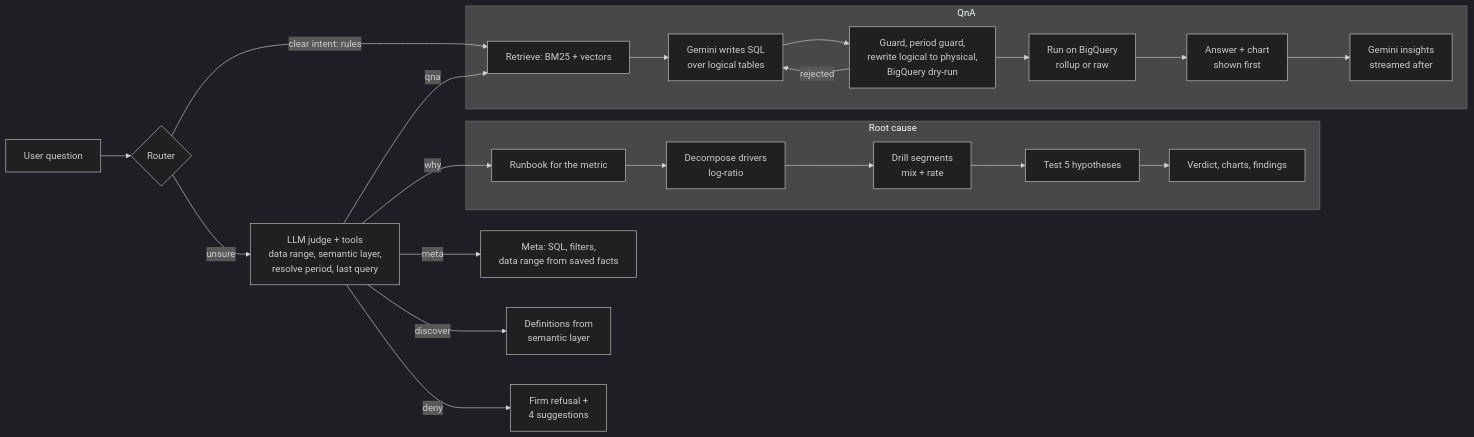
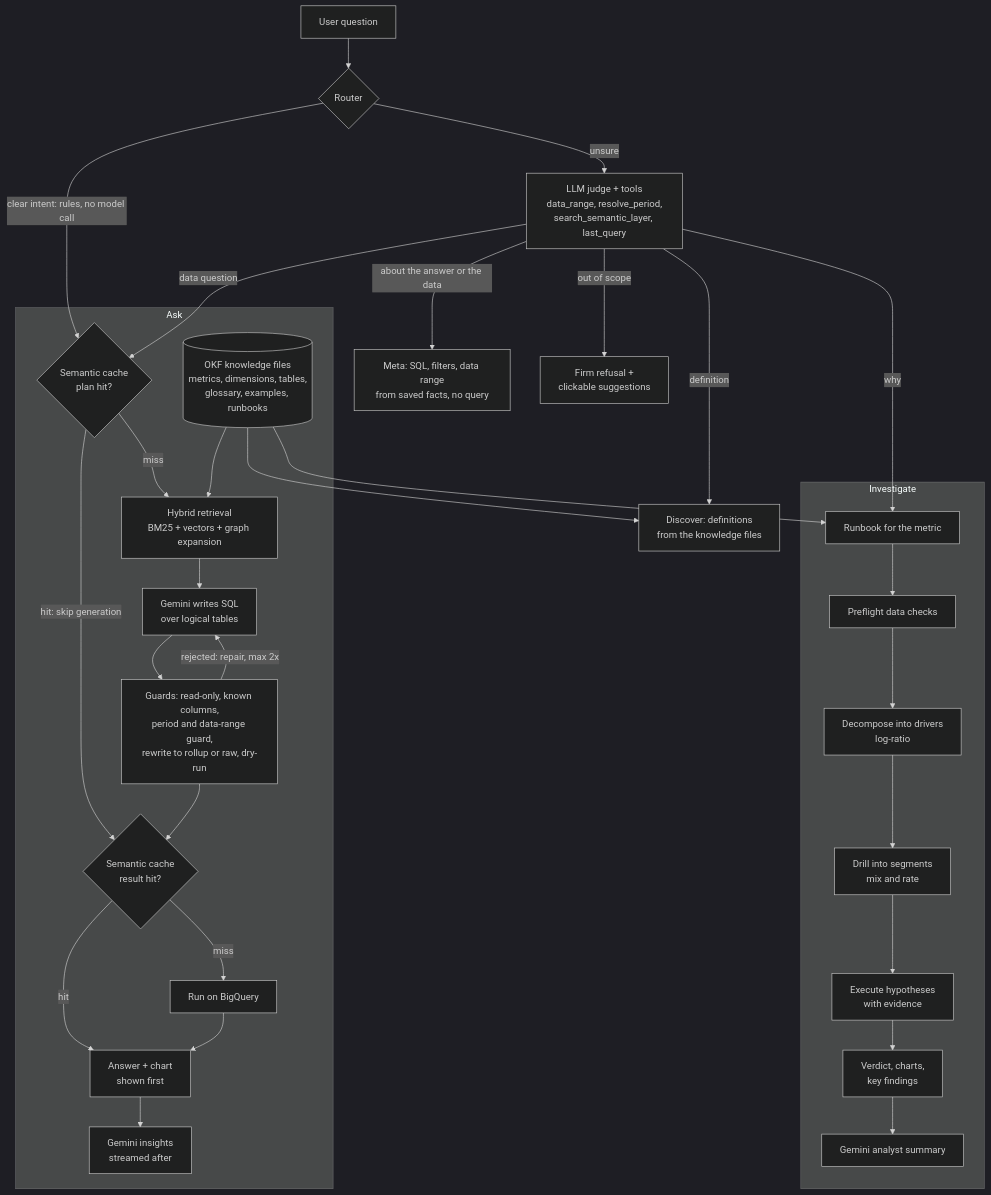
Before and after one commit to Misto1997/panda-ai: the diagram in README.md, drawn with Mermaid (dark theme). The commit also changed other lines of this file and 28 other files, not shown here.

````diff
--- a/README.md
+++ b/README.md
@@ -33,22 +40,33 @@
 ```mermaid
-flowchart LR
+flowchart TD
   U[User question] --> R{Router}
-  R -- clear intent: rules --> P
-  R -- unsure --> J[LLM judge + tools<br/>data range, semantic layer,<br/>resolve period, last query]
-  J -- qna --> P
-  J -- why --> RCA
-  J -- meta --> M[Meta: SQL, filters,<br/>data range from saved facts]
-  J -- discover --> D[Definitions from<br/>semantic layer]
-  J -- deny --> H[Firm refusal +<br/>4 suggestions]
-  subgraph QnA
-    P[Retrieve: BM25 + vectors] --> G[Gemini writes SQL<br/>over logical tables]
-    G --> V[Guard, period guard,<br/>rewrite logical to physical,<br/>BigQuery dry-run]
-    V -- rejected --> G
-    V --> X[Run on BigQuery<br/>rollup or raw]
-    X --> A[Answer + chart<br/>shown first]
-    A --> N[Gemini insights<br/>streamed after]
+  R -- clear intent: rules, no model call --> PC
+  R -- unsure --> J["LLM judge + tools<br/>data_range, resolve_period,<br/>search_semantic_layer, last_query"]
+  J -- data question --> PC
+  J -- why --> RB
+  J -- about the answer or the data --> M["Meta: SQL, filters, data range<br/>from saved facts, no query"]
+  J -- definition --> D["Discover: definitions<br/>from the knowledge files"]
+  J -- out of scope --> H["Firm refusal +<br/>clickable suggestions"]
+
+  OKF[("OKF knowledge files<br/>metrics, dimensions, tables,<br/>glossary, examples, runbooks")]
+
+  subgraph QA [Ask]
+    PC{"Semantic cache<br/>plan hit?"} -- miss --> RET["Hybrid retrieval<br/>BM25 + vectors + graph expansion"]
+    OKF --> RET
+    RET --> GEN["Gemini writes SQL<br/>over logical tables"]
+    GEN --> GRD["Guards: read-only, known columns,<br/>period and data-range guard,<br/>rewrite to rollup or raw, dry-run"]
+    GRD -- rejected: repair, max 2x --> GEN
+    PC -- hit: skip generation --> RC
+    GRD --> RC{"Semantic cache<br/>result hit?"}
+    RC -- miss --> RUN["Run on BigQuery"]
+    RC -- hit --> ANS
+    RUN --> ANS["Answer + chart<br/>shown first"]
+    ANS --> NAR["Gemini insights<br/>streamed after"]
   end
-  subgraph Root cause
-    RCA[Runbook for the metric] --> DEC[Decompose drivers<br/>log-ratio] --> DR[Drill segments<br/>mix + rate] --> HY[Test 5 hypotheses] --> RV[Verdict, charts, findings]
+
+  subgraph RCA [Investigate]
+    RB["Runbook for the metric"] --> CHK["Preflight data checks"] --> DEC["Decompose into drivers<br/>log-ratio"] --> DRL["Drill into segments<br/>mix and rate"] --> HYP["Execute hypotheses<br/>with evidence"] --> VER["Verdict, charts,<br/>key findings"] --> NAR2["Gemini analyst summary"]
   end
+  OKF --> RB
+  OKF --> D
 ```
````
